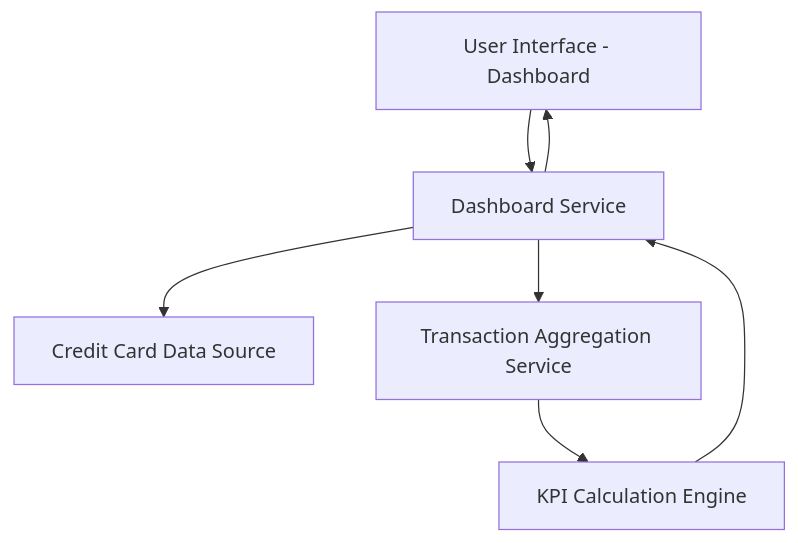
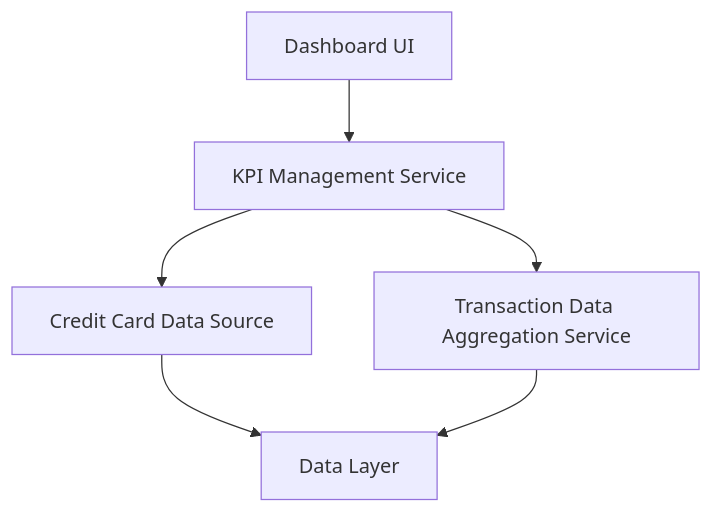
The diagram in HLD/QE-7795_HLD.md (AAVA-Demo/APB_Demo), drawn with Mermaid before and after one commit. The commit also changed other lines of this file and 5 other files, not shown here.

````diff
--- a/HLD/QE-7795_HLD.md
+++ b/HLD/QE-7795_HLD.md
@@ -7,14 +7,13 @@
 ```mermaid
 flowchart TD
-    A["User Interface - Dashboard"]
-    B["Dashboard Service"]
+    A["Dashboard UI"]
+    B["KPI Management Service"]
     C["Credit Card Data Source"]
-    D["Transaction Aggregation Service"]
-    E["KPI Calculation Engine"]
+    D["Transaction Data Aggregation Service"]
+    E["Data Layer"]
     A --> B
     B --> C
     B --> D
+    C --> E
     D --> E
-    E --> B
-    B --> A
 ```
````
